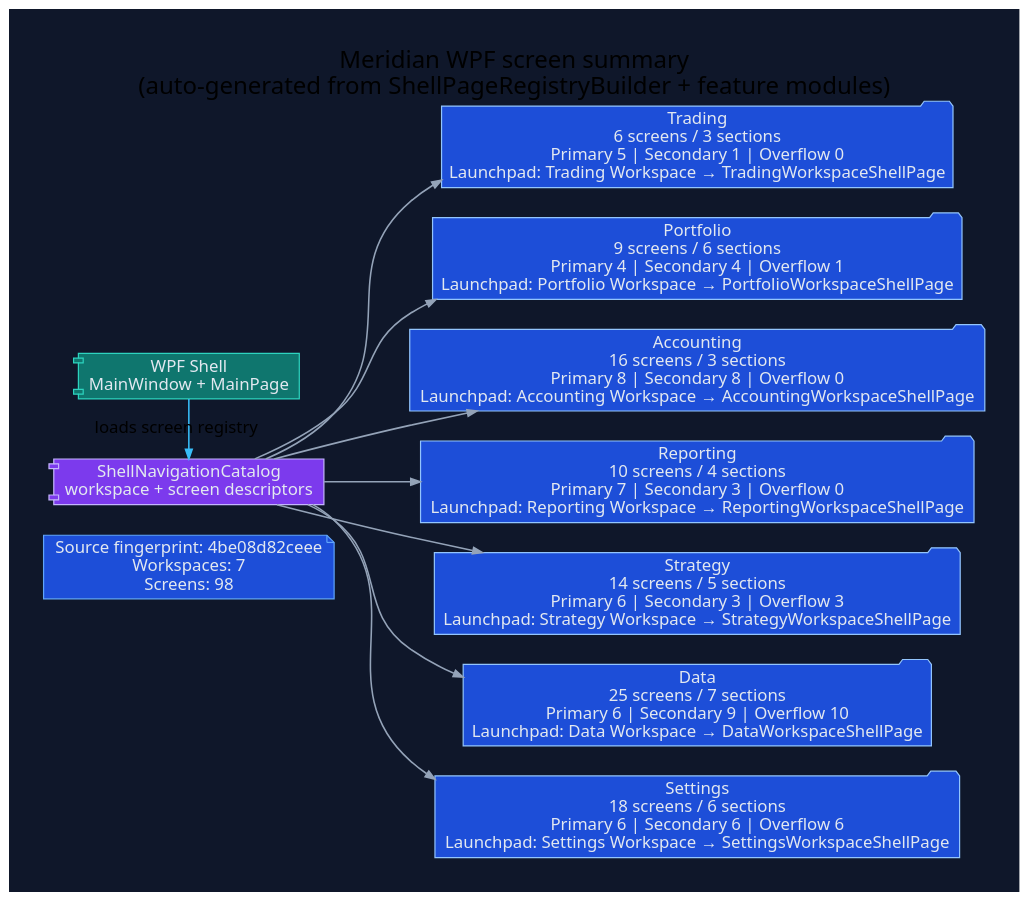
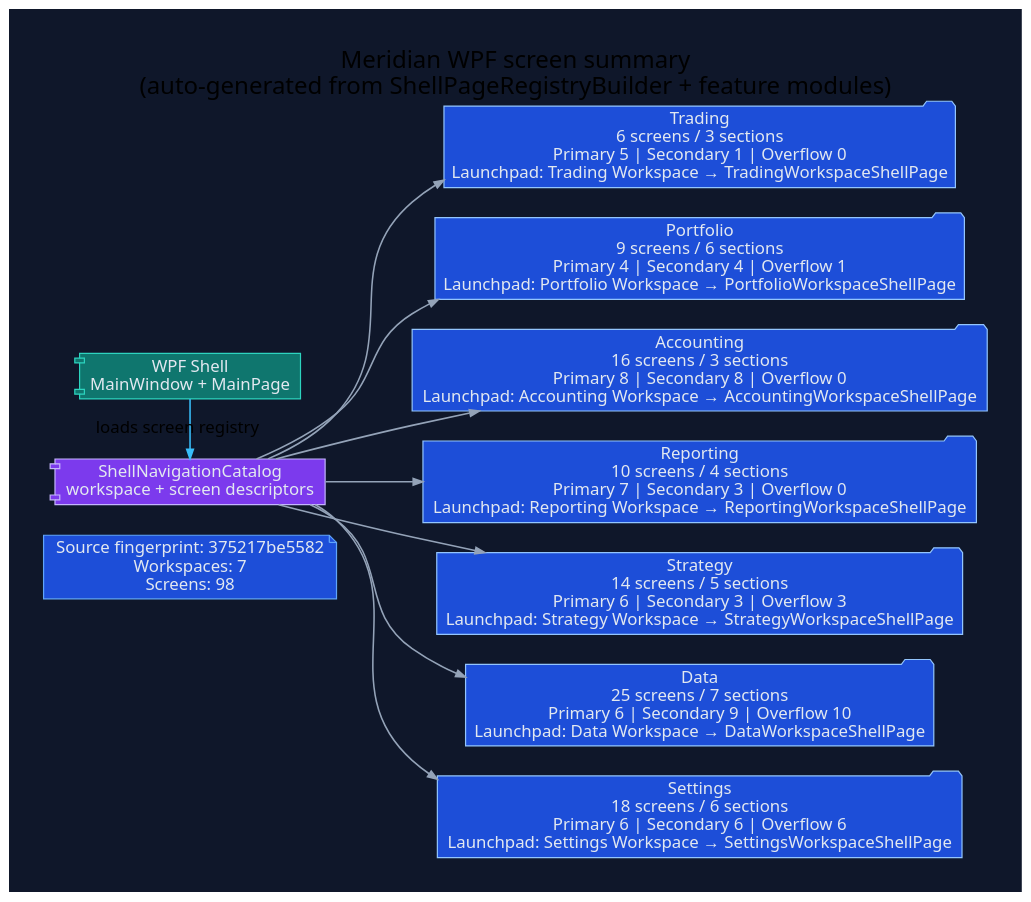
The diagram in docs/diagrams/ui-wpf-screen-summary.dot (rodoHasArrived/Meridian-main), drawn with Graphviz before and after one commit. The commit also changed 158 other files, not shown here.

```diff
--- a/docs/diagrams/ui-wpf-screen-summary.dot
+++ b/docs/diagrams/ui-wpf-screen-summary.dot
@@ -1,42 +1,42 @@
 // -----------------------------------------------------------------------------
 // <auto-generated>
 // Generated by scripts/generate-diagrams.mjs.
 // Do not edit this file directly; update the WPF source files instead.
 // -----------------------------------------------------------------------------
 digraph WpfScreenSummary {
   graph [
     rankdir=LR,
     labelloc=t,
     label="Meridian WPF screen summary\n(auto-generated from ShellPageRegistryBuilder + feature modules)",
     fontname="Segoe UI",
     fontsize=20,
     pad=0.4,
     nodesep=0.35,
     ranksep=0.85,
     bgcolor="#0f172a"
   ];
   node [fontname="Segoe UI", shape=box, style="rounded,filled", color="#475569", fontcolor="#e2e8f0", fillcolor="#1e293b"];
   edge [fontname="Segoe UI", color="#94a3b8", penwidth=1.3, arrowsize=0.8];
 
-  generated [shape=note, fillcolor="#1d4ed8", color="#60a5fa", label="Source fingerprint: 4be08d82ceee\nWorkspaces: 7\nScreens: 98"];
+  generated [shape=note, fillcolor="#1d4ed8", color="#60a5fa", label="Source fingerprint: 375217be5582\nWorkspaces: 7\nScreens: 98"];
   shell [shape=component, fillcolor="#0f766e", color="#2dd4bf", label="WPF Shell\nMainWindow + MainPage"];
   catalog [shape=component, fillcolor="#7c3aed", color="#c4b5fd", label="ShellNavigationCatalog\nworkspace + screen descriptors"];
   shell -> catalog [label="loads screen registry", color="#38bdf8"];
 
   workspace_1 [shape=folder, fillcolor="#1d4ed8", color="#93c5fd", label="Trading\n6 screens / 3 sections\nPrimary 5 | Secondary 1 | Overflow 0\nLaunchpad: Trading Workspace → TradingWorkspaceShellPage"];
   catalog -> workspace_1;
   workspace_2 [shape=folder, fillcolor="#1d4ed8", color="#93c5fd", label="Portfolio\n9 screens / 6 sections\nPrimary 4 | Secondary 4 | Overflow 1\nLaunchpad: Portfolio Workspace → PortfolioWorkspaceShellPage"];
   catalog -> workspace_2;
   workspace_3 [shape=folder, fillcolor="#1d4ed8", color="#93c5fd", label="Accounting\n16 screens / 3 sections\nPrimary 8 | Secondary 8 | Overflow 0\nLaunchpad: Accounting Workspace → AccountingWorkspaceShellPage"];
   catalog -> workspace_3;
   workspace_4 [shape=folder, fillcolor="#1d4ed8", color="#93c5fd", label="Reporting\n10 screens / 4 sections\nPrimary 7 | Secondary 3 | Overflow 0\nLaunchpad: Reporting Workspace → ReportingWorkspaceShellPage"];
   catalog -> workspace_4;
   workspace_5 [shape=folder, fillcolor="#1d4ed8", color="#93c5fd", label="Strategy\n14 screens / 5 sections\nPrimary 6 | Secondary 3 | Overflow 3\nLaunchpad: Strategy Workspace → StrategyWorkspaceShellPage"];
   catalog -> workspace_5;
   workspace_6 [shape=folder, fillcolor="#1d4ed8", color="#93c5fd", label="Data\n25 screens / 7 sections\nPrimary 6 | Secondary 9 | Overflow 10\nLaunchpad: Data Workspace → DataWorkspaceShellPage"];
   catalog -> workspace_6;
   workspace_7 [shape=folder, fillcolor="#1d4ed8", color="#93c5fd", label="Settings\n18 screens / 6 sections\nPrimary 6 | Secondary 6 | Overflow 6\nLaunchpad: Settings Workspace → SettingsWorkspaceShellPage"];
   catalog -> workspace_7;
 
   { rank=min; generated; shell; catalog; }
 }
```
